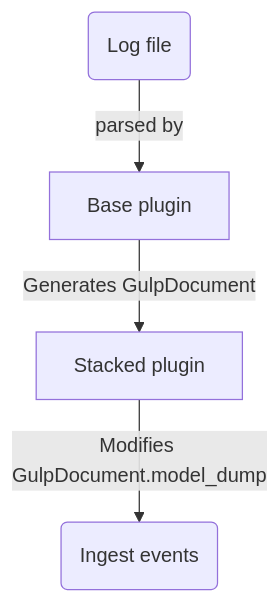
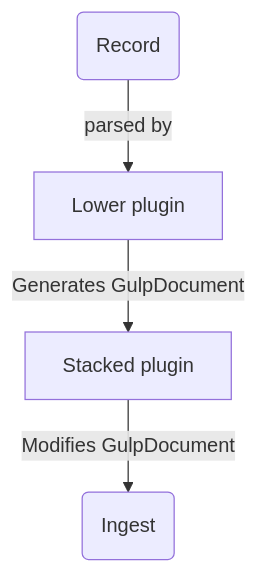
One commit to mentat-is/gulp changed the fifth of 5 diagrams in docs/plugins_and_mapping.md. Above: the diagram before and after it, drawn with Mermaid. The commit also changed other lines of this file and 4 other files, not shown here.

````diff
--- a/docs/plugins_and_mapping.md
+++ b/docs/plugins_and_mapping.md
@@ -392,6 +388,6 @@
 ```mermaid
 flowchart TD
-    A(Log file) -->|parsed by| B[Base plugin]
+    A(Record) -->|parsed by| B[Lower plugin]
     B --> |Generates GulpDocument| C[Stacked plugin]
-    C --> |Modifies GulpDocument.model_dump| D(Ingest events)
+    C --> |Modifies GulpDocument| D(Ingest)
 ```
````
